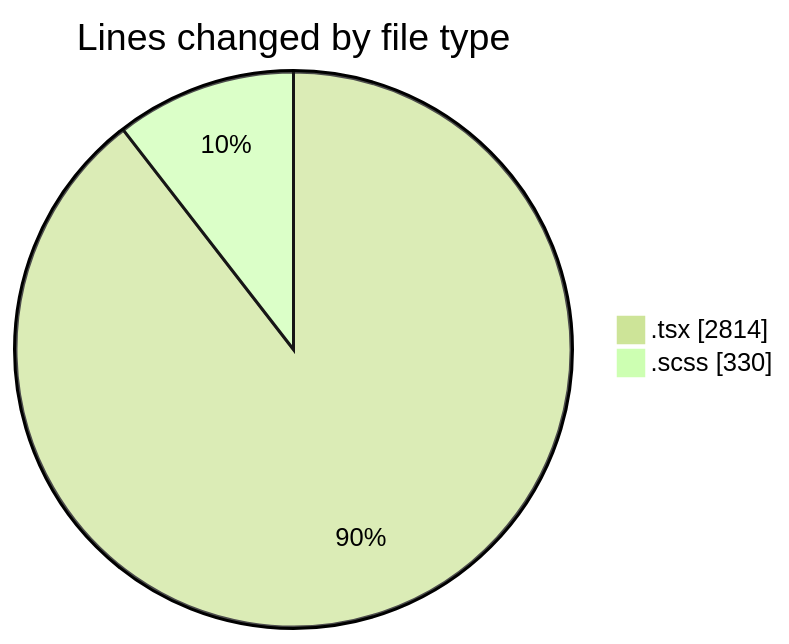
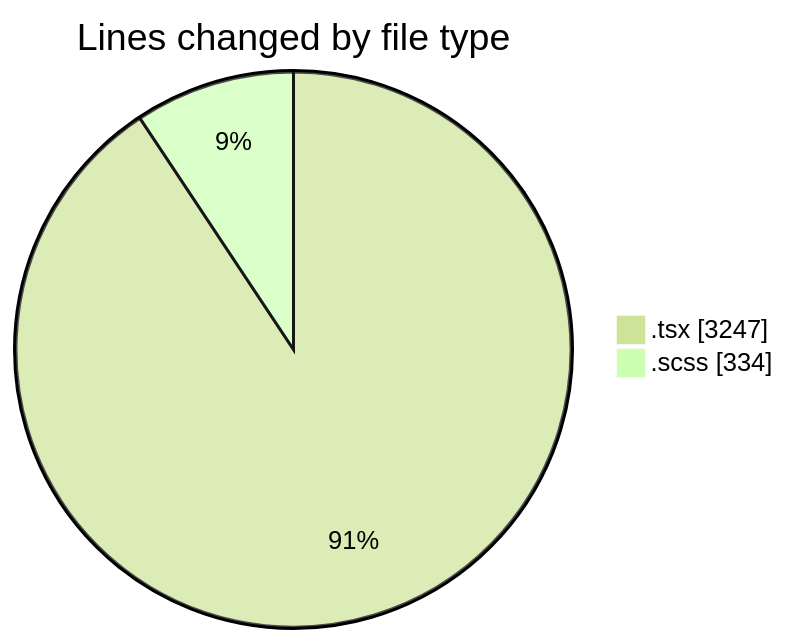
One commit to momahboobian/code-tracking changed the first of 2 diagrams in 2026-10-20/cda/README.md. Above: the diagram before and after it, drawn with Mermaid (forest theme). The commit also changed other lines of this file and 1 other file, not shown here.

````diff
--- a/2026-10-20/cda/README.md
+++ b/2026-10-20/cda/README.md
@@ -31,6 +32,6 @@
 ```mermaid
 pie showData
 title Lines changed by file type
-".tsx" : 2814
-".scss" : 330
+".tsx" : 3247
+".scss" : 334
 ```
````
